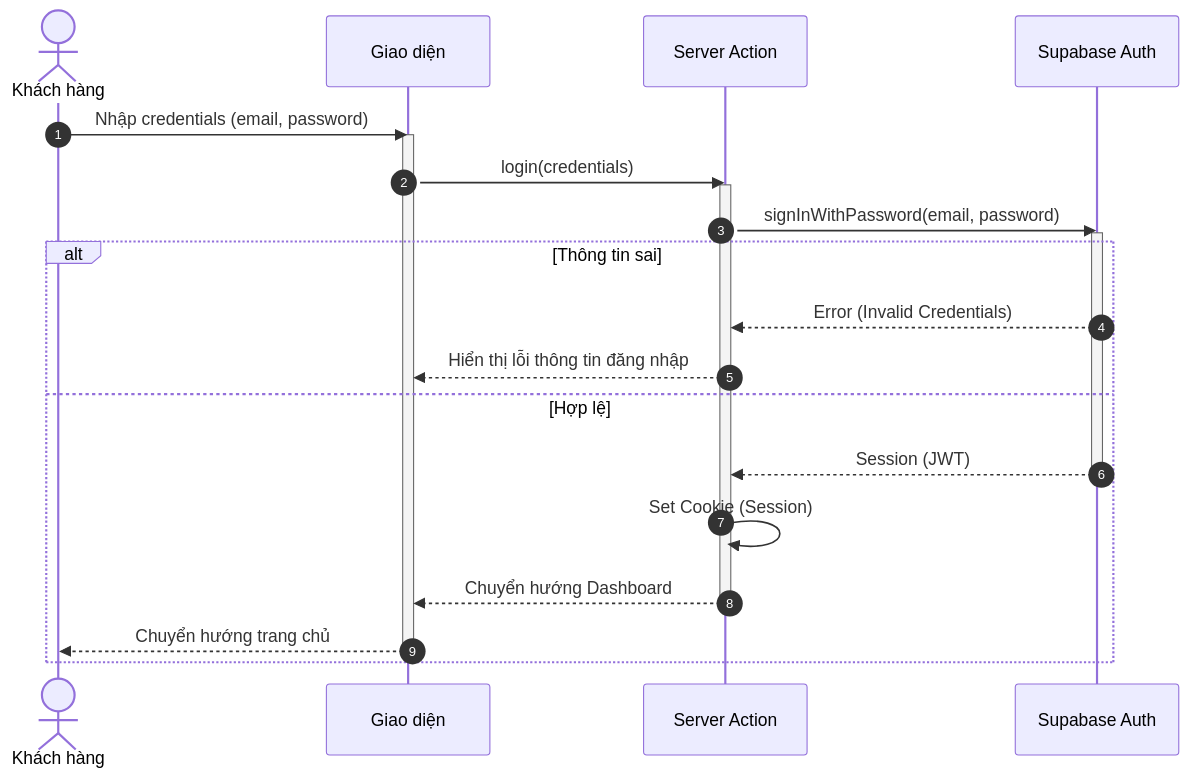
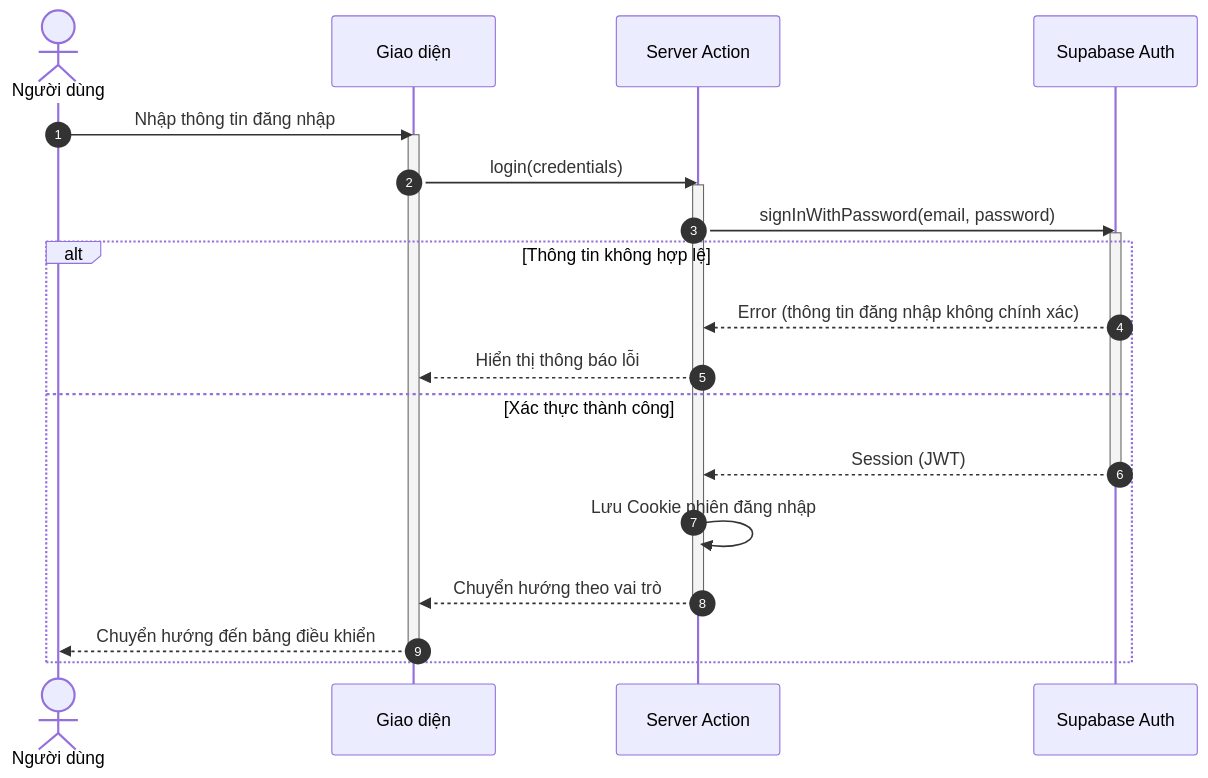
One commit to ngoctinn/Synapse changed the third of 7 diagrams in docs/design/sequences/authentication.md. Above: the diagram before and after it, drawn with Mermaid. The commit also changed other lines of this file and 11 other files, not shown here.

Commit message:
docs: Add initial design documentation, including architecture, UI, use cases, and detailed sequence diagrams for various user flows.

````diff
--- a/docs/design/sequences/authentication.md
+++ b/docs/design/sequences/authentication.md
@@ -102,31 +101,31 @@
 ```mermaid
 sequenceDiagram
     autonumber
-    actor KH as Khách hàng
+    actor ND as Người dùng
     participant UI as Giao diện
     participant BFF as Server Action
     participant SUPA as Supabase Auth
 
-    KH->>UI: Nhập credentials (email, password)
+    ND->>UI: Nhập thông tin đăng nhập
     activate UI
     UI->>BFF: login(credentials)
     activate BFF
 
     BFF->>SUPA: signInWithPassword(email, password)
     activate SUPA
 
-    alt Thông tin sai
-        SUPA-->>BFF: Error (Invalid Credentials)
-        BFF-->>UI: Hiển thị lỗi thông tin đăng nhập
-    else Hợp lệ
+    alt Thông tin không hợp lệ
+        SUPA-->>BFF: Error (thông tin đăng nhập không chính xác)
+        BFF-->>UI: Hiển thị thông báo lỗi
+    else Xác thực thành công
         SUPA-->>BFF: Session (JWT)
         deactivate SUPA
 
-        BFF->>BFF: Set Cookie (Session)
-        BFF-->>UI: Chuyển hướng Dashboard
+        BFF->>BFF: Lưu Cookie phiên đăng nhập
+        BFF-->>UI: Chuyển hướng theo vai trò
         deactivate BFF
 
-        UI-->>KH: Chuyển hướng trang chủ
+        UI-->>ND: Chuyển hướng đến bảng điều khiển
         deactivate UI
     end
 ```
````
